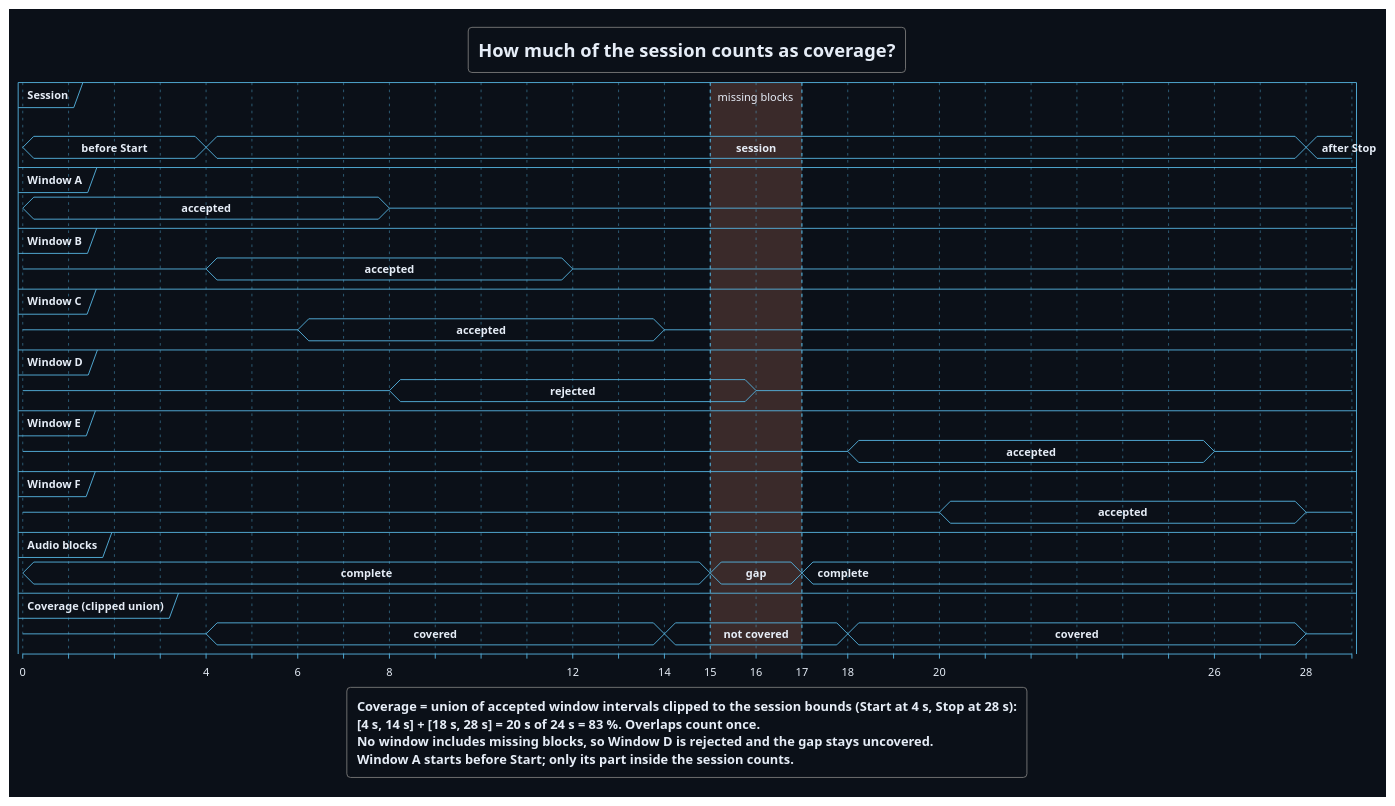
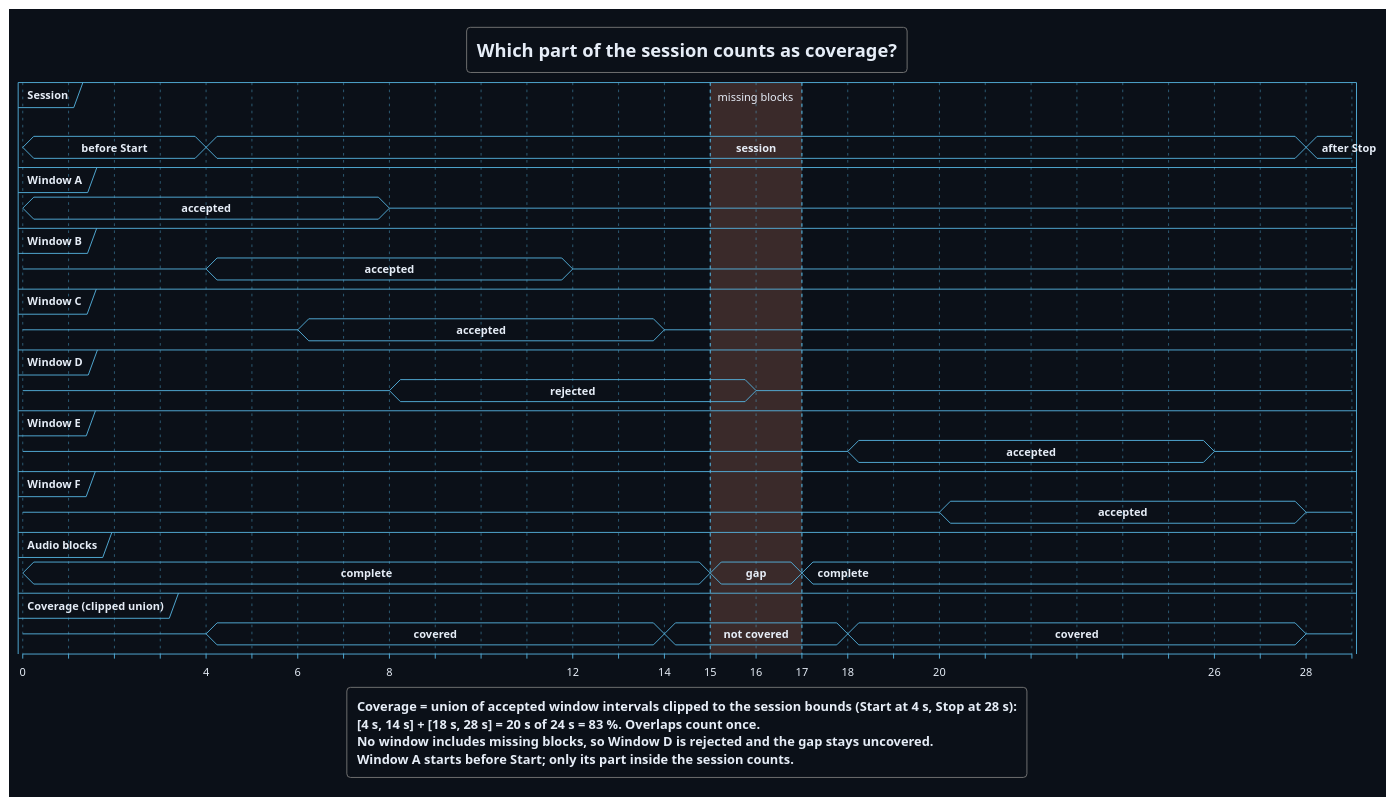
The diagram in Development/system/design/AUDIO/puml/shared-analysis-coverage.puml (DemonicPsychoII/DigitalStethoscope), drawn with PlantUML before and after one commit. The commit also changed 120 other files, not shown here.

```diff
--- a/Development/system/design/AUDIO/puml/shared-analysis-coverage.puml
+++ b/Development/system/design/AUDIO/puml/shared-analysis-coverage.puml
@@ -1,80 +1,80 @@
 @startuml shared_analysis_coverage
 !theme cyborg
 skinparam shadowing false
 skinparam defaultFontName SansSerif
 skinparam backgroundColor #0b1018
 skinparam defaultFontColor #e6edf7
 skinparam ArrowColor #a9b8ca
-title How much of the session counts as coverage?
+title Which part of the session counts as coverage?
 concise "Session" as session
 concise "Window A" as windowA
 concise "Window B" as windowB
 concise "Window C" as windowC
 concise "Window D" as windowD
 concise "Window E" as windowE
 concise "Window F" as windowF
 concise "Audio blocks" as blocks
 concise "Coverage (clipped union)" as coverage
 
 @0
 session is "before Start"
 windowA is "accepted"
 windowB is {-}
 windowC is {-}
 windowD is {-}
 windowE is {-}
 windowF is {-}
 blocks is "complete"
 coverage is {-}
 
 @4
 session is "session"
 windowB is "accepted"
 coverage is "covered"
 
 @6
 windowC is "accepted"
 
 @8
 windowA is {-}
 windowD is "rejected"
 
 @12
 windowB is {-}
 
 @14
 windowC is {-}
 coverage is "not covered"
 
 @15
 blocks is "gap"
 
 @16
 windowD is {-}
 
 @17
 blocks is "complete"
 
 @18
 windowE is "accepted"
 coverage is "covered"
 
 @20
 windowF is "accepted"
 
 @26
 windowE is {-}
 
 @28
 session is "after Stop"
 windowF is {-}
 coverage is {-}
 
 highlight 15 to 17 #3a2a2a : missing blocks
 legend bottom
  Coverage = union of accepted window intervals clipped to the session bounds (Start at 4 s, Stop at 28 s):
  [4 s, 14 s] + [18 s, 28 s] = 20 s of 24 s = 83 %. Overlaps count once.
  No window includes missing blocks, so Window D is rejected and the gap stays uncovered.
  Window A starts before Start; only its part inside the session counts.
 endlegend
 @enduml
```
